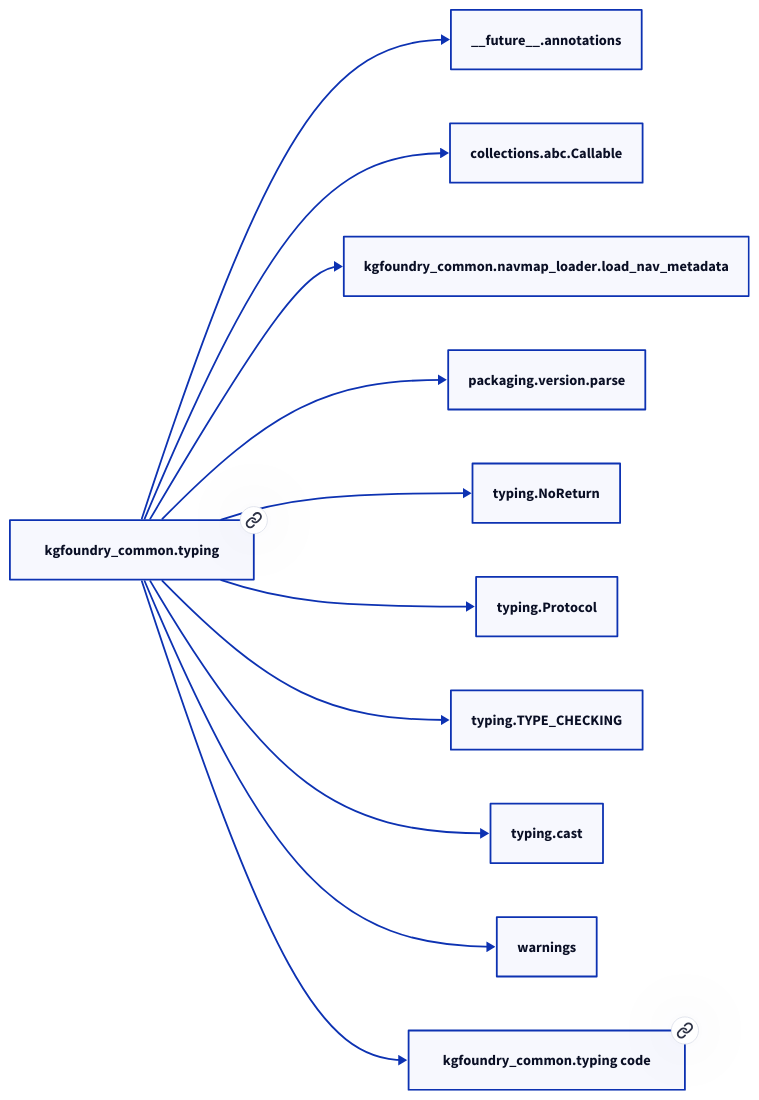
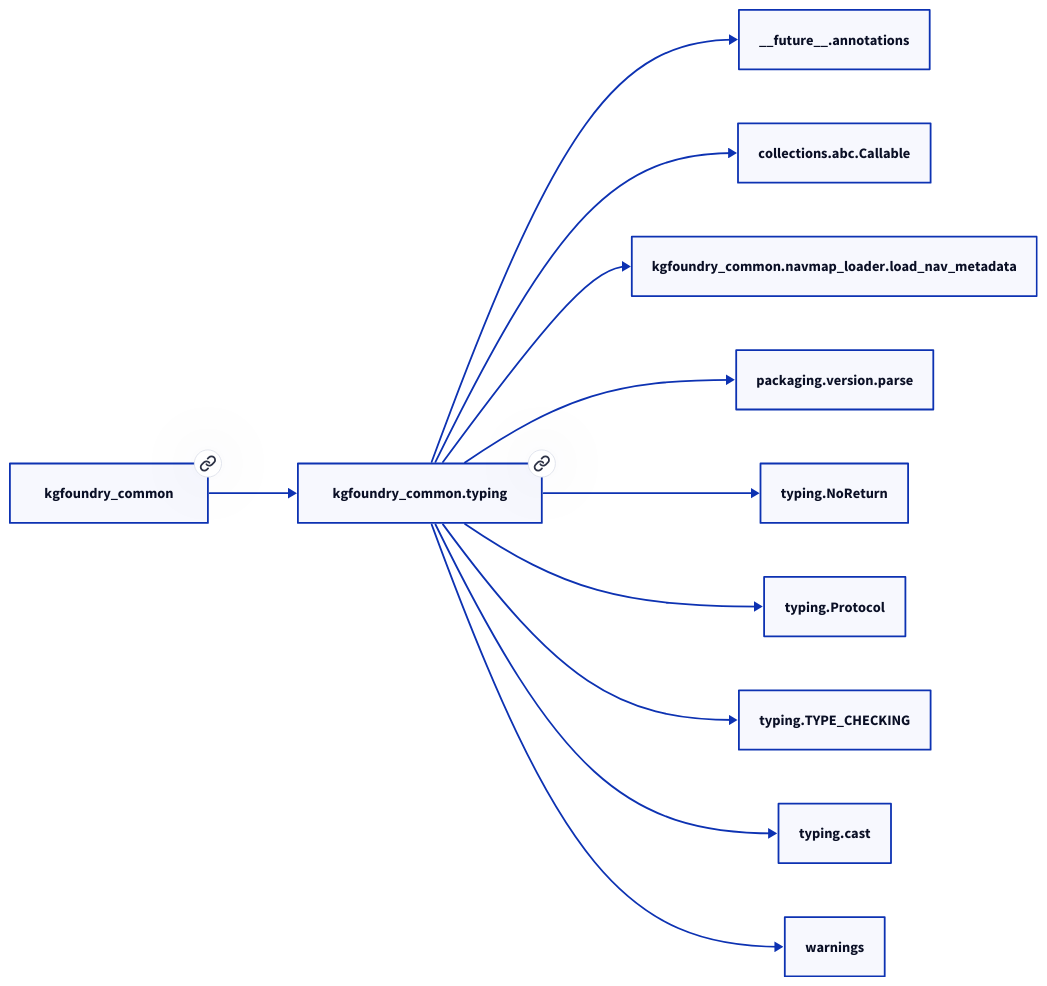
One commit to paul-heyse/kgforge changed the second of 2 diagrams in docs/modules/kgfoundry_common/typing.md. Above: the diagram before and after it, drawn with D2. The commit also changed other lines of this file and 208 other files, not shown here.

````diff
--- a/docs/modules/kgfoundry_common/typing.md
+++ b/docs/modules/kgfoundry_common/typing.md
@@ -69,24 +73,24 @@
 ```d2
 direction: right
-"kgfoundry_common.typing": "kgfoundry_common.typing" { link: "./kgfoundry_common/typing.md" }
+"kgfoundry_common.typing": "kgfoundry_common.typing" { link: "https://github.com/paul-heyse/kgfoundry/blob/main/src/kgfoundry_common/typing/__init__.py" }
 "__future__.annotations": "__future__.annotations"
 "kgfoundry_common.typing" -> "__future__.annotations"
 "collections.abc.Callable": "collections.abc.Callable"
 "kgfoundry_common.typing" -> "collections.abc.Callable"
 "kgfoundry_common.navmap_loader.load_nav_metadata": "kgfoundry_common.navmap_loader.load_nav_metadata"
 "kgfoundry_common.typing" -> "kgfoundry_common.navmap_loader.load_nav_metadata"
 "packaging.version.parse": "packaging.version.parse"
 "kgfoundry_common.typing" -> "packaging.version.parse"
 "typing.NoReturn": "typing.NoReturn"
 "kgfoundry_common.typing" -> "typing.NoReturn"
 "typing.Protocol": "typing.Protocol"
 "kgfoundry_common.typing" -> "typing.Protocol"
 "typing.TYPE_CHECKING": "typing.TYPE_CHECKING"
 "kgfoundry_common.typing" -> "typing.TYPE_CHECKING"
 "typing.cast": "typing.cast"
 "kgfoundry_common.typing" -> "typing.cast"
 "warnings": "warnings"
 "kgfoundry_common.typing" -> "warnings"
-"kgfoundry_common.typing_code": "kgfoundry_common.typing code" { link: "https://github.com/kgfoundry/kgfoundry/blob/main/src/kgfoundry_common/typing/__init__.py" }
-"kgfoundry_common.typing" -> "kgfoundry_common.typing_code" { style: dashed }
+"kgfoundry_common": "kgfoundry_common" { link: "https://github.com/paul-heyse/kgfoundry/blob/main/src/kgfoundry_common/__init__.py" }
+"kgfoundry_common" -> "kgfoundry_common.typing" { style: dashed }
 ```
````
